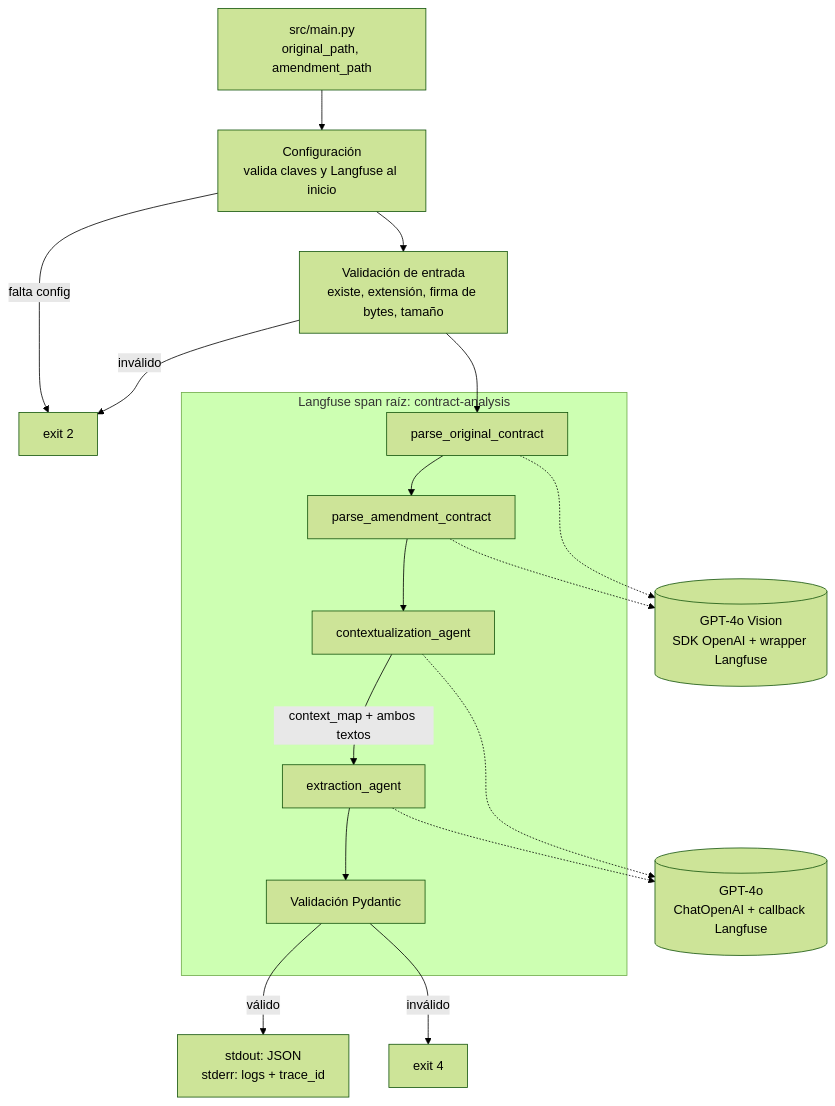
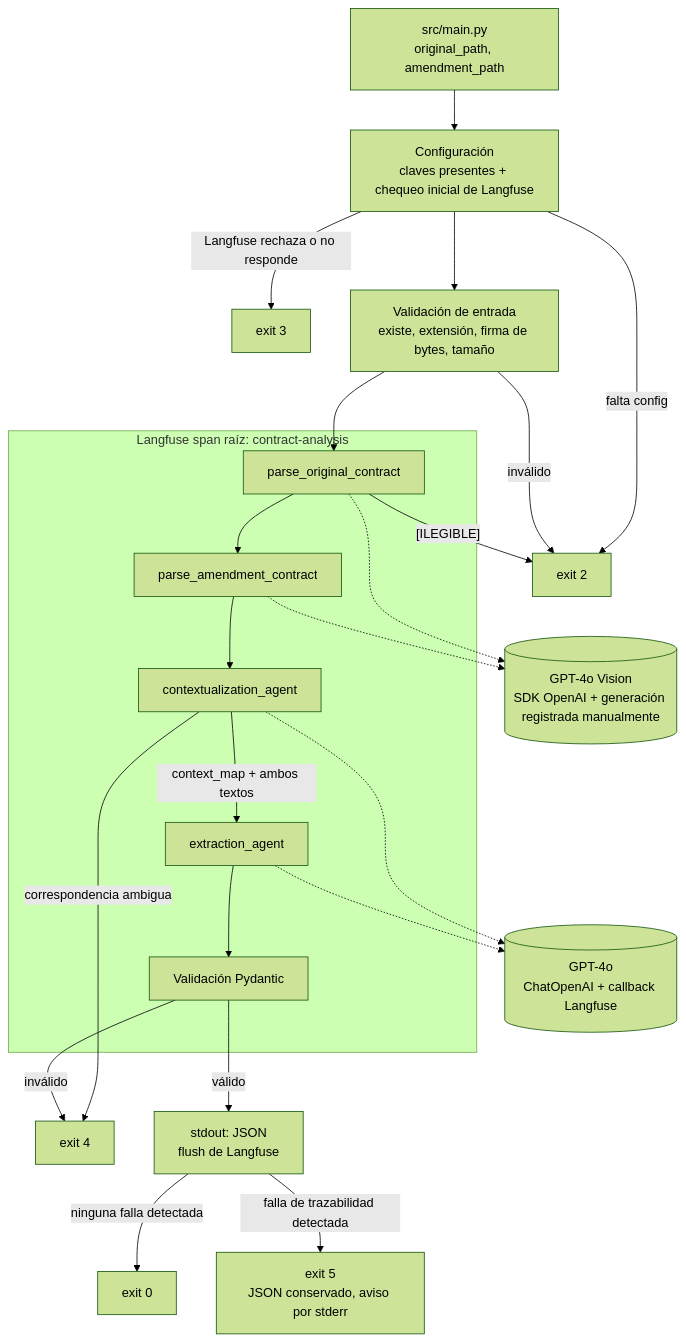
One commit to jeroxz12/LegalMove-AI changed the diagram in docs/architecture.md. Above: the diagram before and after it, drawn with Mermaid (forest theme). The commit also changed other lines of this file and 1 other file, not shown here.

Commit message:
add readme and update architecture with verification evidence

````diff
--- a/docs/architecture.md
+++ b/docs/architecture.md
@@ -15,22 +15,27 @@
 ```mermaid
 flowchart TD
-    CLI["src/main.py<br/>original_path, amendment_path"] --> CFG["Configuración<br/>valida claves y Langfuse al inicio"]
+    CLI["src/main.py<br/>original_path, amendment_path"] --> CFG["Configuración<br/>claves presentes + chequeo inicial de Langfuse"]
     CFG -->|falta config| E2["exit 2"]
+    CFG -->|Langfuse rechaza o no responde| E3["exit 3"]
     CFG --> VAL["Validación de entrada<br/>existe, extensión, firma de bytes, tamaño"]
     VAL -->|inválido| E2
 
     subgraph TRACE["Langfuse span raíz: contract-analysis"]
         P1["parse_original_contract"] --> P2["parse_amendment_contract"]
         P2 --> A1["contextualization_agent"]
         A1 -->|"context_map + ambos textos"| A2["extraction_agent"]
         A2 --> PV["Validación Pydantic"]
     end
 
     VAL --> P1
-    P1 -.-> V[("GPT-4o Vision<br/>SDK OpenAI + wrapper Langfuse")]
+    P1 -->|"[ILEGIBLE]"| E2
+    A1 -->|correspondencia ambigua| E4
+    P1 -.-> V[("GPT-4o Vision<br/>SDK OpenAI + generación registrada manualmente")]
     P2 -.-> V
     A1 -.-> L[("GPT-4o<br/>ChatOpenAI + callback Langfuse")]
     A2 -.-> L
-    PV -->|válido| OUT["stdout: JSON<br/>stderr: logs + trace_id"]
     PV -->|inválido| E4["exit 4"]
+    PV -->|válido| FL["stdout: JSON<br/>flush de Langfuse"]
+    FL -->|ninguna falla detectada| OK["exit 0"]
+    FL -->|falla de trazabilidad detectada| E5["exit 5<br/>JSON conservado, aviso por stderr"]
 ```
````
